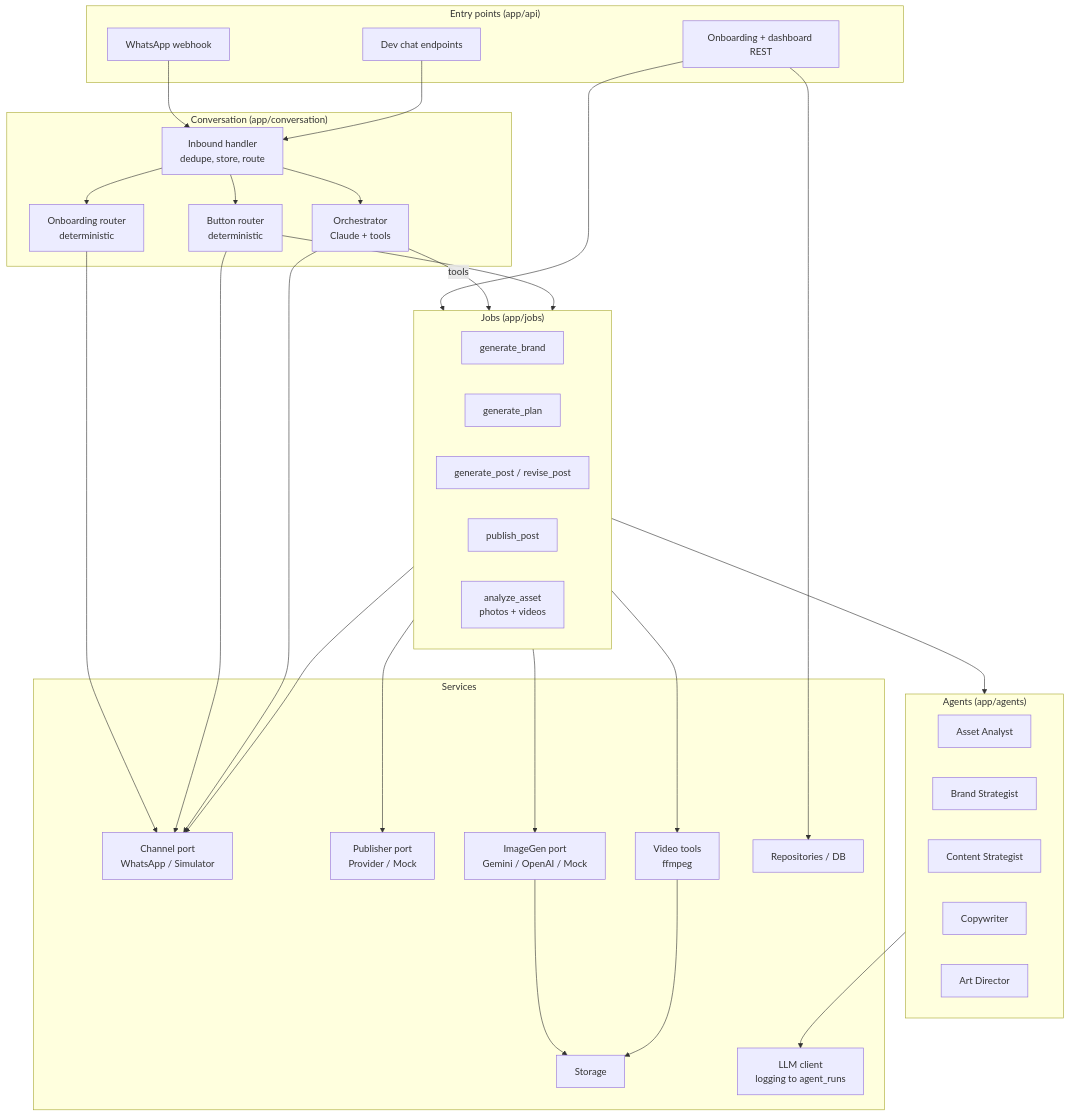
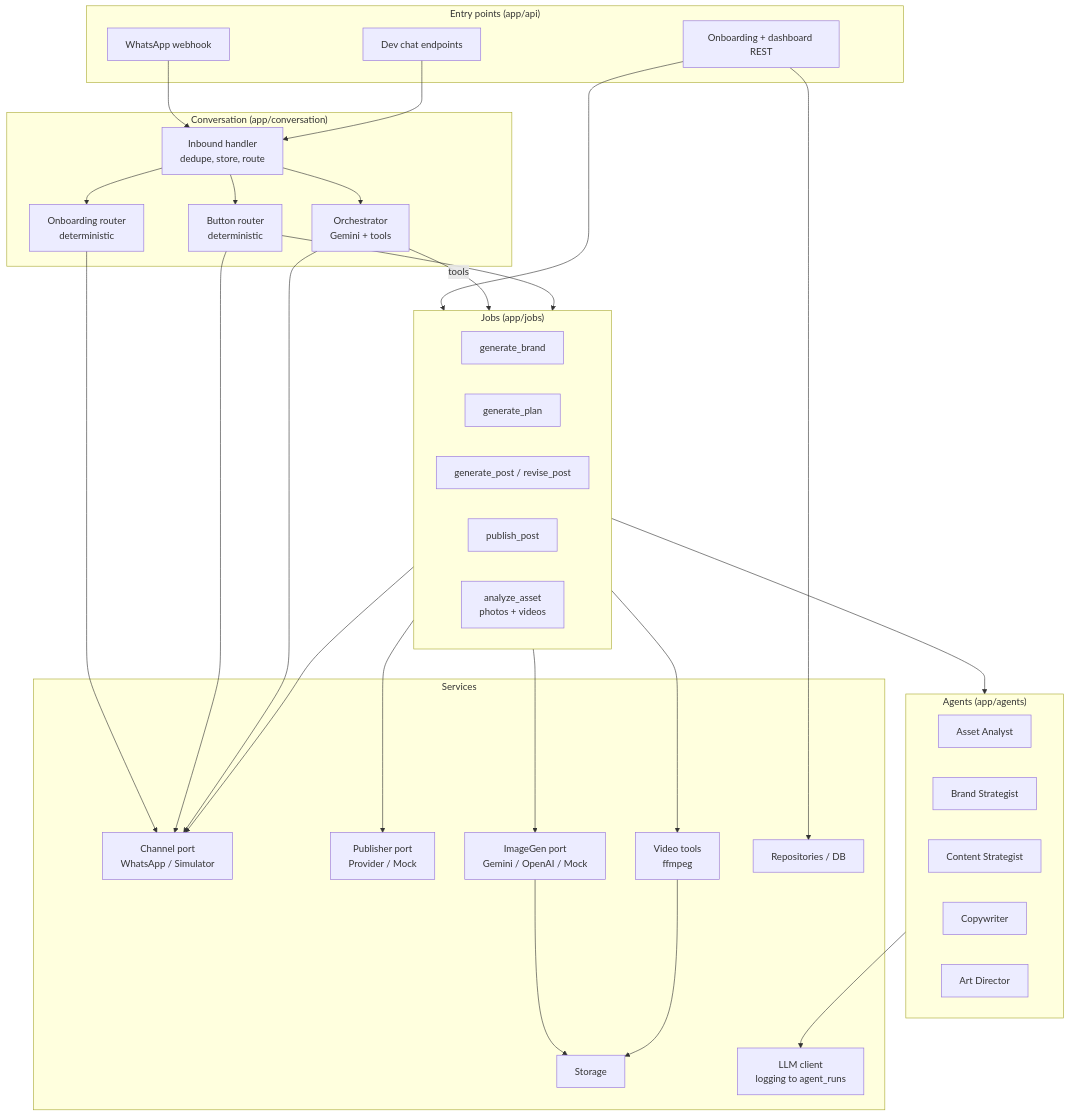
The second of 4 diagrams in docs/architecture/overview.md (Dimple6114/build101), drawn with Mermaid before and after one commit. The commit also changed other lines of this file and 52 other files, not shown here.

````diff
--- a/docs/architecture/overview.md
+++ b/docs/architecture/overview.md
@@ -40,57 +40,57 @@
 ```mermaid
 flowchart TB
     subgraph Entry["Entry points (app/api)"]
         WH[WhatsApp webhook]
         REST[Onboarding + dashboard REST]
         DEV[Dev chat endpoints]
     end
     subgraph Conv["Conversation (app/conversation)"]
         IN[Inbound handler<br/>dedupe, store, route]
         ONB[Onboarding router<br/>deterministic]
         BTN[Button router<br/>deterministic]
-        ORC[Orchestrator<br/>Claude + tools]
+        ORC[Orchestrator<br/>Gemini + tools]
     end
     subgraph Work["Jobs (app/jobs)"]
         J1[generate_brand]
         J2[generate_plan]
         J3[generate_post / revise_post]
         J4[publish_post]
         J5[analyze_asset<br/>photos + videos]
     end
     subgraph Agents["Agents (app/agents)"]
         A1[Asset Analyst]
         A2[Brand Strategist]
         A3[Content Strategist]
         A4[Copywriter]
         A5[Art Director]
     end
     subgraph Services["Services"]
         CH[Channel port<br/>WhatsApp / Simulator]
         PUB[Publisher port<br/>Provider / Mock]
         IMG[ImageGen port<br/>Gemini / OpenAI / Mock]
         STO[Storage]
         VID[Video tools<br/>ffmpeg]
         LLM[LLM client<br/>logging to agent_runs]
         REPO[Repositories / DB]
     end
     WH --> IN
     DEV --> IN
     REST --> REPO
     REST --> Work
     IN --> ONB
     IN --> BTN
     IN --> ORC
     ORC -- tools --> Work
     BTN --> Work
     Work --> Agents
     Work --> CH
     Work --> PUB
     Work --> IMG
     Agents --> LLM
     ONB --> CH
     BTN --> CH
     ORC --> CH
     IMG --> STO
     Work --> VID
     VID --> STO
 ```
````
